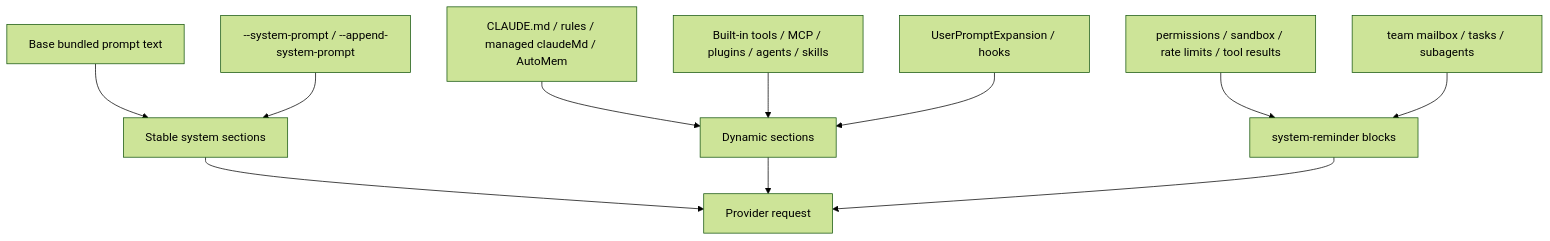
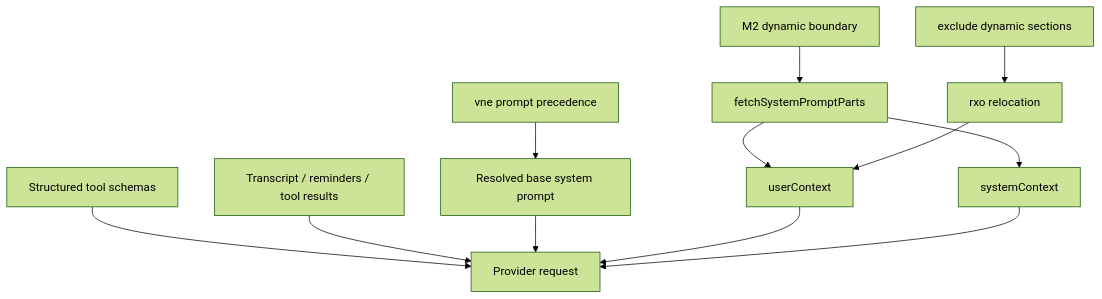
Before and after one commit to vibewatch/claude-code-internals: the second of 2 diagrams in docs/02-context-model-loop/prompt-context-memory.md, drawn with Mermaid (forest theme). The commit also changed other lines of this file and 46 other files, not shown here.

````diff
--- a/docs/02-context-model-loop/prompt-context-memory.md
+++ b/docs/02-context-model-loop/prompt-context-memory.md
@@ -93,13 +113,14 @@
 ```mermaid
 flowchart TD
-    Base[Base bundled prompt text] --> Stable[Stable system sections]
-    Flags[--system-prompt / --append-system-prompt] --> Stable
-    Memory[CLAUDE.md / rules / managed claudeMd / AutoMem] --> Dynamic[Dynamic sections]
-    Tools[Built-in tools / MCP / plugins / agents / skills] --> Dynamic
-    Hooks[UserPromptExpansion / hooks] --> Dynamic
-    Runtime[permissions / sandbox / rate limits / tool results] --> Reminders[system-reminder blocks]
-    Team[team mailbox / tasks / subagents] --> Reminders
-    Stable --> Request[Provider request]
-    Dynamic --> Request
-    Reminders --> Request
+    Resolver[vne prompt precedence] --> Base[Resolved base system prompt]
+    Parts[fetchSystemPromptParts] --> User[userContext]
+    Parts --> System[systemContext]
+    Boundary[M2 dynamic boundary] --> Parts
+    Exclude[exclude dynamic sections] --> Relocate[rxo relocation]
+    Relocate --> User
+    Tools[Structured tool schemas] --> Request[Provider request]
+    Transcript[Transcript / reminders / tool results] --> Request
+    Base --> Request
+    User --> Request
+    System --> Request
 ```
````
